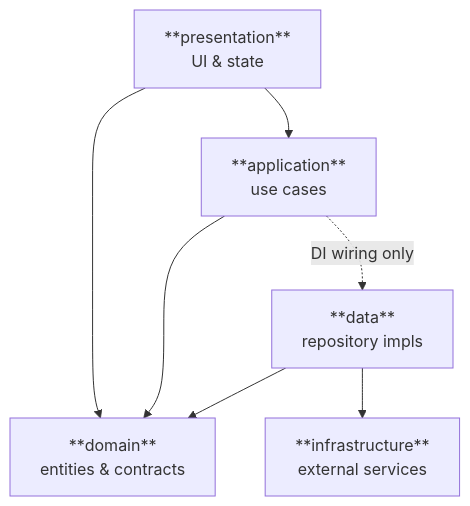
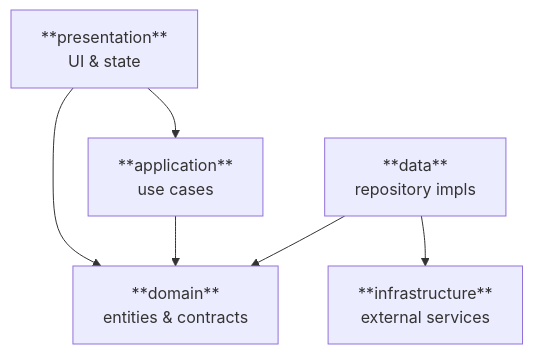
The diagram in README.md (thomasfranke/flutter-clean-arch-riverpod), drawn with Mermaid before and after one commit. The commit also changed other lines of this file, not shown here.

````diff
--- a/README.md
+++ b/README.md
@@ -75,15 +13,14 @@
 ```mermaid
 flowchart TB
     presentation["**presentation**\nUI & state"]
     application["**application**\nuse cases"]
     domain["**domain**\nentities & contracts"]
     data["**data**\nrepository impls"]
     infrastructure["**infrastructure**\nexternal services"]
 
     presentation --> application
     presentation --> domain
     application --> domain
     data --> domain
     data --> infrastructure
-    application -.->|DI wiring only| data
 ```
````
